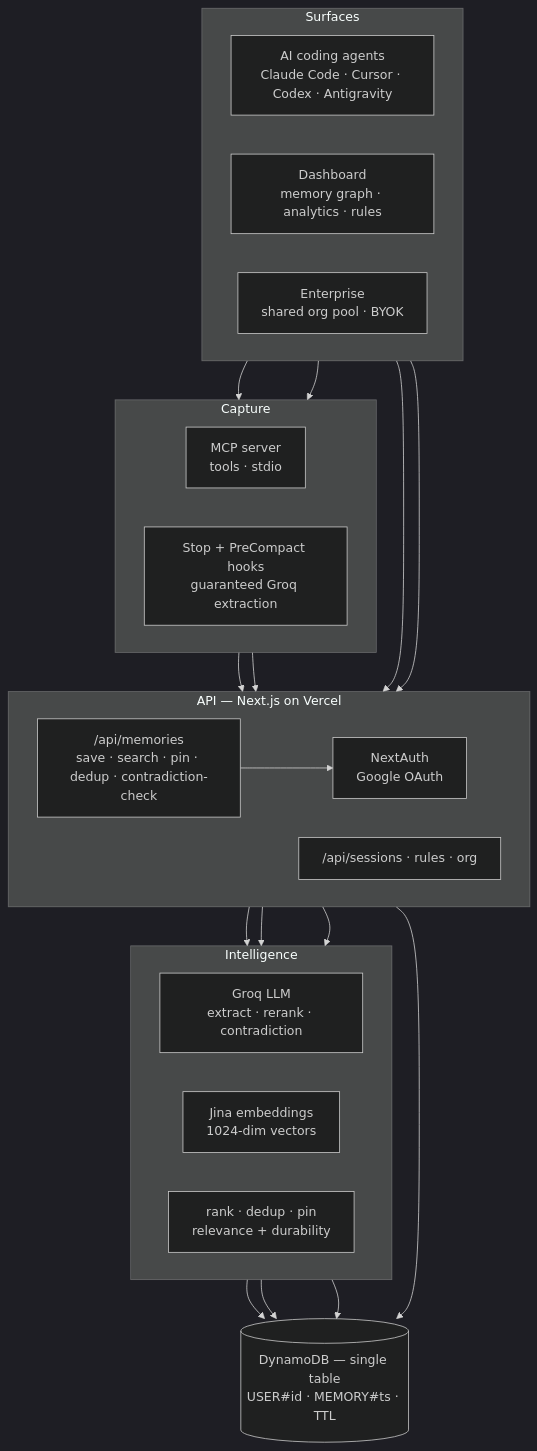
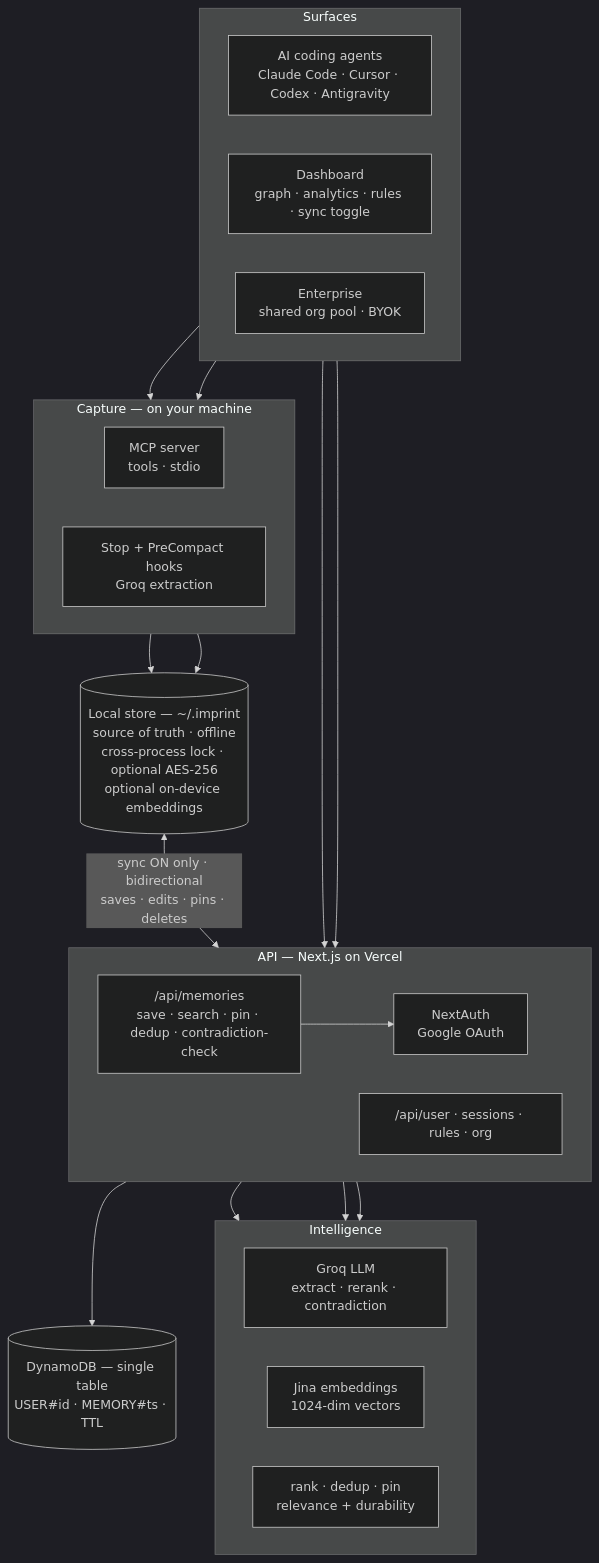
Before and after one commit to YashasviThakur/imprint: the diagram in README.md, drawn with Mermaid (dark theme). The commit also changed other lines of this file, not shown here.

Commit message:
docs: align README with local-first hybrid architecture

````diff
--- a/README.md
+++ b/README.md
@@ -56,46 +56,44 @@
 ```mermaid
 flowchart TB
   subgraph SURF["Surfaces"]
     direction LR
     IDE["AI coding agents<br/>Claude Code · Cursor · Codex · Antigravity"]
-    DASH["Dashboard<br/>memory graph · analytics · rules"]
+    DASH["Dashboard<br/>graph · analytics · rules · sync toggle"]
     ORG["Enterprise<br/>shared org pool · BYOK"]
   end
 
-  subgraph CAP["Capture"]
+  subgraph CAP["Capture — on your machine"]
     direction LR
     MCP["MCP server<br/>tools · stdio"]
-    HOOK["Stop + PreCompact hooks<br/>guaranteed Groq extraction"]
+    HOOK["Stop + PreCompact hooks<br/>Groq extraction"]
   end
+
+  LOCAL[("Local store — ~/.imprint<br/>source of truth · offline<br/>cross-process lock · optional AES-256<br/>optional on-device embeddings")]
 
   subgraph API["API — Next.js on Vercel"]
     direction LR
     MEM["/api/memories<br/>save · search · pin · dedup · contradiction-check"]
-    SESS["/api/sessions · rules · org"]
+    SESS["/api/user · sessions · rules · org"]
     AUTH["NextAuth<br/>Google OAuth"]
   end
 
   subgraph INTEL["Intelligence"]
     direction LR
     GROQ["Groq LLM<br/>extract · rerank · contradiction"]
     JINA["Jina embeddings<br/>1024-dim vectors"]
     RANK["rank · dedup · pin<br/>relevance + durability"]
   end
 
   DB[("DynamoDB — single table<br/>USER#id · MEMORY#ts · TTL")]
 
-  IDE --> MCP
-  IDE --> HOOK
+  IDE --> MCP --> LOCAL
+  IDE --> HOOK --> LOCAL
+  LOCAL <-->|"sync ON only · bidirectional<br/>saves · edits · pins · deletes"| MEM
   DASH --> MEM
   ORG --> MEM
-  MCP --> MEM
-  HOOK --> MEM
   MEM --> AUTH
   MEM --> GROQ
   MEM --> JINA
   MEM --> RANK
-  GROQ --> DB
-  JINA --> DB
-  RANK --> DB
   MEM --> DB
 ```
````
